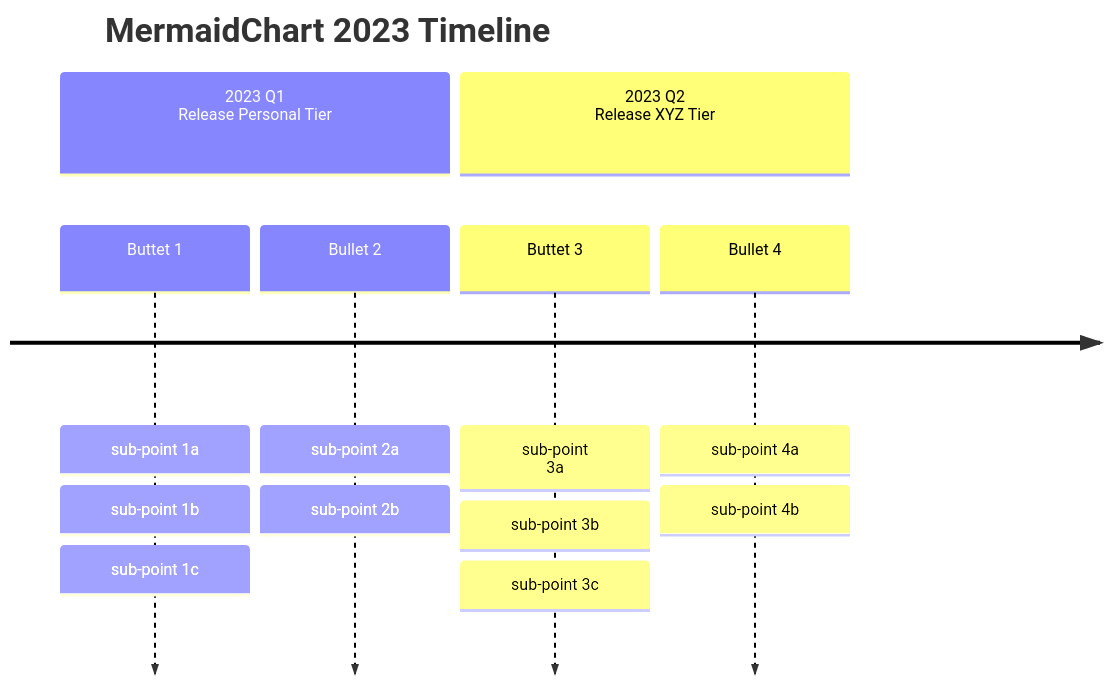
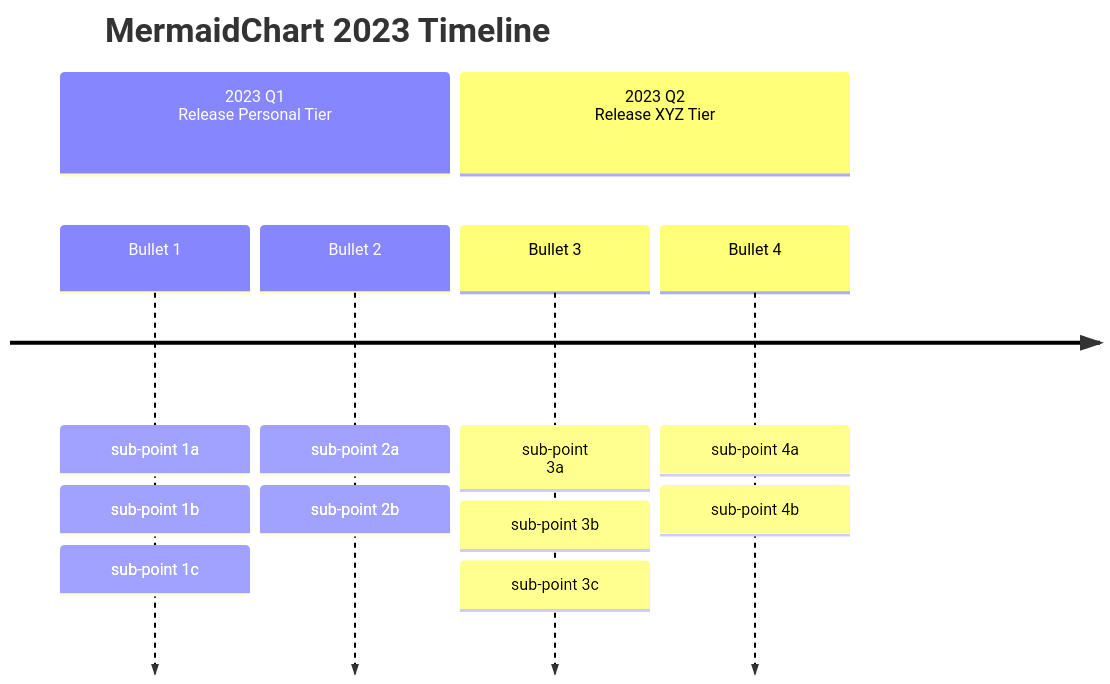
The fifth of 13 diagrams in docs/syntax/timeline.md (mermaid-js/mermaid), drawn with Mermaid before and after one commit. The commit also changed other lines of this file, not shown here.

````diff
--- a/docs/syntax/timeline.md
+++ b/docs/syntax/timeline.md
@@ -175,12 +175,12 @@
 ```mermaid
 timeline
         title MermaidChart 2023 Timeline
         section 2023 Q1 <br> Release Personal Tier
-          Buttet 1 : sub-point 1a : sub-point 1b
+          Bullet 1 : sub-point 1a : sub-point 1b
                : sub-point 1c
           Bullet 2 : sub-point 2a : sub-point 2b
         section 2023 Q2 <br> Release XYZ Tier
-          Buttet 3 : sub-point <br> 3a : sub-point 3b
+          Bullet 3 : sub-point <br> 3a : sub-point 3b
                : sub-point 3c
           Bullet 4 : sub-point 4a : sub-point 4b
 ```
````
